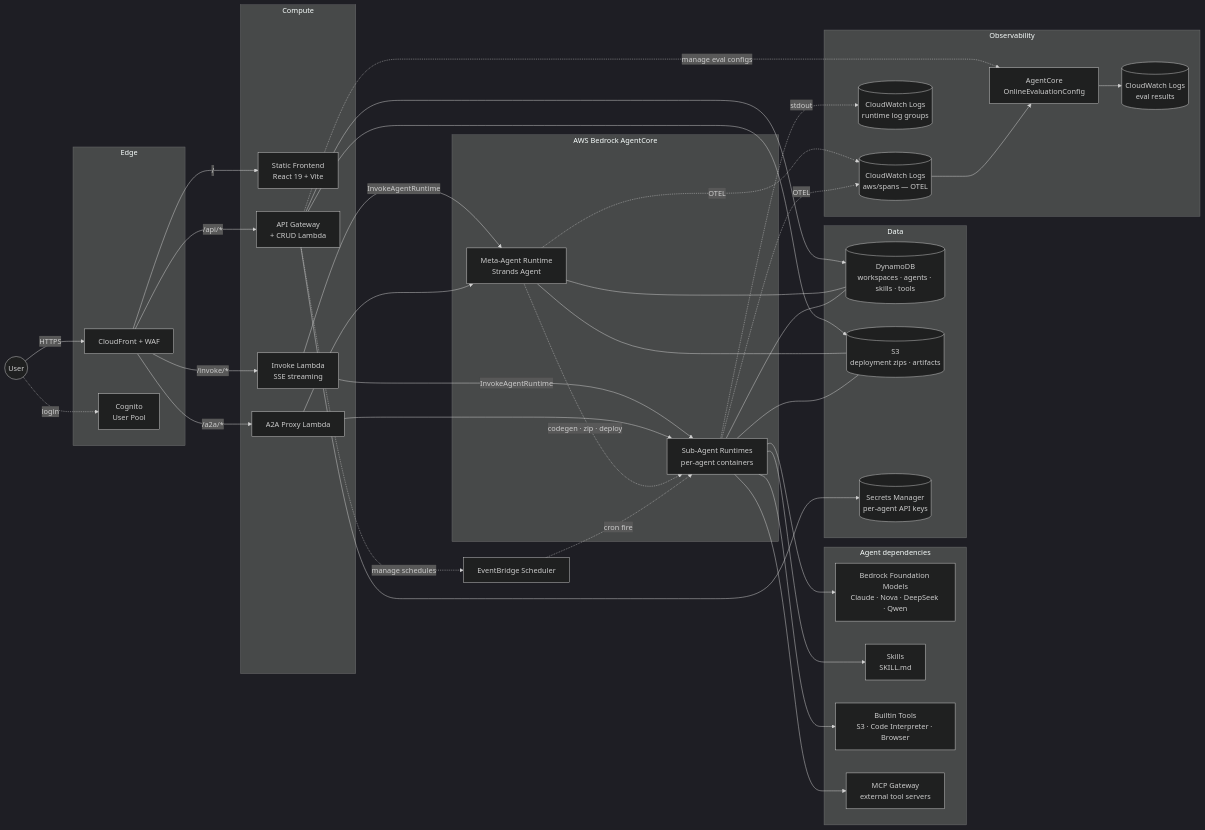
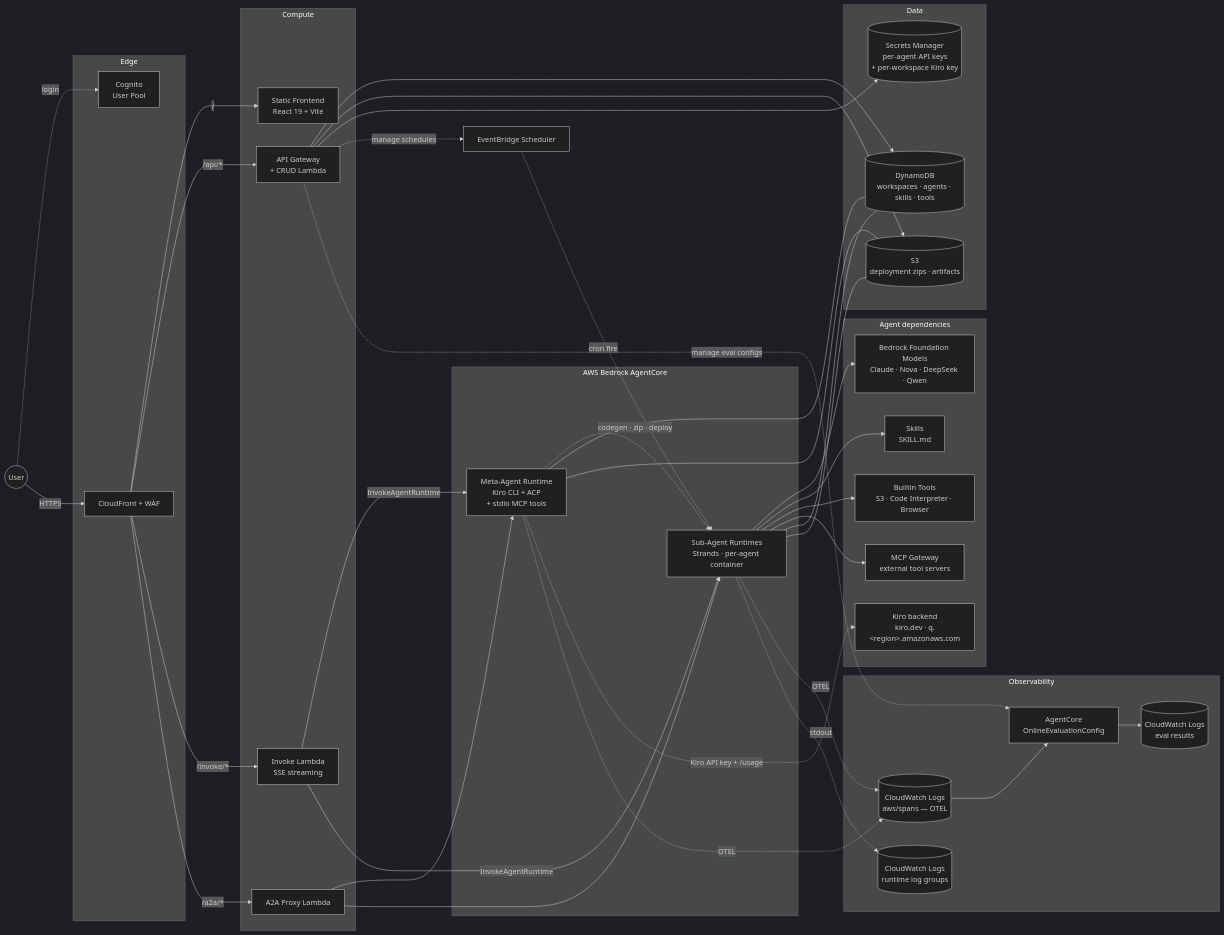
One commit to ddpie/agent-studio changed the second of 2 diagrams in docs/architecture.md. Above: the diagram before and after it, drawn with Mermaid (dark theme). The commit also changed other lines of this file and 1 other file, not shown here.

First line of the commit message:
docs: reflect Kiro-backed Meta-Agent, per-workspace keys, credit usage

````diff
--- a/docs/architecture.md
+++ b/docs/architecture.md
@@ -177,79 +206,81 @@
 ```mermaid
 graph LR
     User((User))
 
     subgraph Edge
         CF[CloudFront + WAF]
         Cognito[Cognito<br/>User Pool]
     end
 
     subgraph Compute
         FE[Static Frontend<br/>React 19 + Vite]
         API[API Gateway<br/>+ CRUD Lambda]
         Invoke[Invoke Lambda<br/>SSE streaming]
         A2A[A2A Proxy Lambda]
     end
 
     subgraph AgentCore["AWS Bedrock AgentCore"]
-        Meta[Meta-Agent Runtime<br/>Strands Agent]
-        Sub[Sub-Agent Runtimes<br/>per-agent containers]
+        Meta[Meta-Agent Runtime<br/>Kiro CLI + ACP<br/>+ stdio MCP tools]
+        Sub[Sub-Agent Runtimes<br/>Strands · per-agent container]
     end
 
     subgraph Outbound["Agent dependencies"]
+        Kiro[Kiro backend<br/>kiro.dev · q.&lt;region&gt;.amazonaws.com]
         Bedrock[Bedrock Foundation Models<br/>Claude · Nova · DeepSeek · Qwen]
         Skills[Skills<br/>SKILL.md]
         Tools[Builtin Tools<br/>S3 · Code Interpreter · Browser]
         MCP[MCP Gateway<br/>external tool servers]
     end
 
     subgraph Data
         DDB[(DynamoDB<br/>workspaces · agents · skills · tools)]
         S3[(S3<br/>deployment zips · artifacts)]
-        Secrets[(Secrets Manager<br/>per-agent API keys)]
+        Secrets[(Secrets Manager<br/>per-agent API keys<br/>+ per-workspace Kiro key)]
     end
 
     subgraph Observability
         Spans[(CloudWatch Logs<br/>aws/spans — OTEL)]
         RuntimeLogs[(CloudWatch Logs<br/>runtime log groups)]
         Eval[AgentCore<br/>OnlineEvaluationConfig]
         EvalLogs[(CloudWatch Logs<br/>eval results)]
     end
 
     EB[EventBridge Scheduler]
 
     User -.login.-> Cognito
     User -->|HTTPS| CF
     CF -->|/| FE
     CF -->|/api/*| API
     CF -->|/invoke/*| Invoke
     CF -->|/a2a/*| A2A
 
     API --> DDB
     API --> S3
     API --> Secrets
     API -.manage schedules.-> EB
     API -.manage eval configs.-> Eval
     Invoke -->|InvokeAgentRuntime| Meta
     Invoke -->|InvokeAgentRuntime| Sub
     A2A --> Meta
     A2A --> Sub
 
     Meta -.codegen · zip · deploy.-> Sub
     Meta --- DDB
     Meta --- S3
+    Meta -.Kiro API key + /usage.-> Kiro
 
     Sub --> Bedrock
     Sub --> Skills
     Sub --> Tools
     Sub --> MCP
     Sub --- DDB
     Sub --- S3
 
     EB -.cron fire.-> Sub
 
     Meta -.OTEL.-> Spans
     Sub -.OTEL.-> Spans
     Sub -.stdout.-> RuntimeLogs
     Spans --> Eval
     Eval --> EvalLogs
 ```
````
